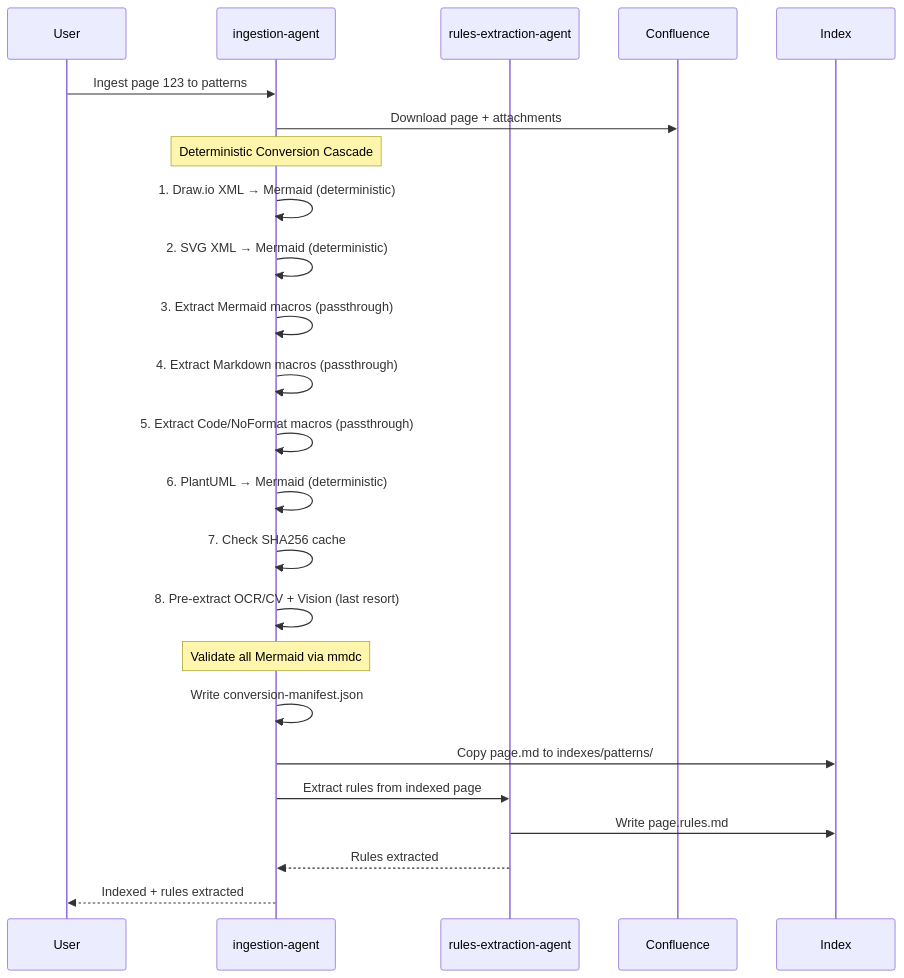
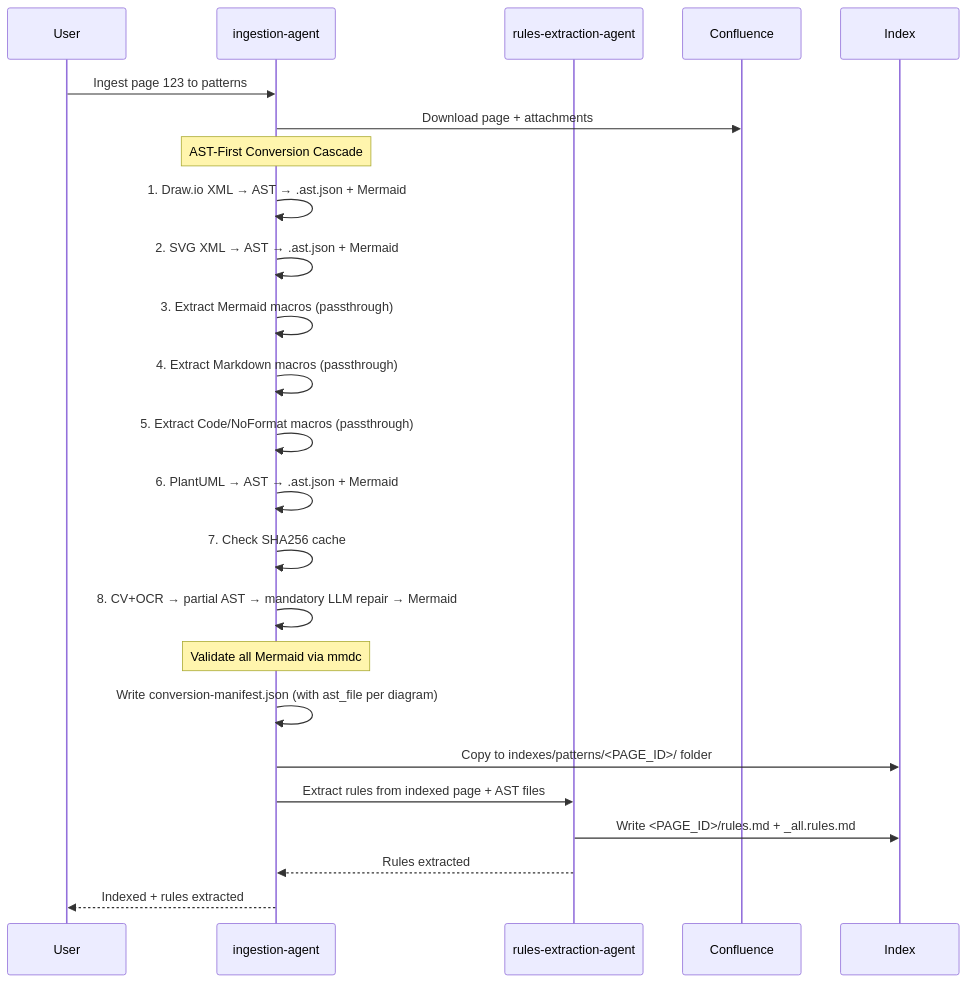
Before and after one commit to byrash/architecture-governance: the second of 4 diagrams in README.md, drawn with Mermaid. The commit also changed other lines of this file and 23 other files, not shown here.

````diff
--- a/README.md
+++ b/README.md
@@ -258,29 +259,29 @@
 ```mermaid
 sequenceDiagram
     participant User
     participant IA as ingestion-agent
     participant REA as rules-extraction-agent
     participant Confluence
     participant Index
 
     User->>IA: Ingest page 123 to patterns
     IA->>Confluence: Download page + attachments
 
-    Note over IA: Deterministic Conversion Cascade
-    IA->>IA: 1. Draw.io XML → Mermaid (deterministic)
-    IA->>IA: 2. SVG XML → Mermaid (deterministic)
+    Note over IA: AST-First Conversion Cascade
+    IA->>IA: 1. Draw.io XML → AST → .ast.json + Mermaid
+    IA->>IA: 2. SVG XML → AST → .ast.json + Mermaid
     IA->>IA: 3. Extract Mermaid macros (passthrough)
     IA->>IA: 4. Extract Markdown macros (passthrough)
     IA->>IA: 5. Extract Code/NoFormat macros (passthrough)
-    IA->>IA: 6. PlantUML → Mermaid (deterministic)
+    IA->>IA: 6. PlantUML → AST → .ast.json + Mermaid
     IA->>IA: 7. Check SHA256 cache
-    IA->>IA: 8. Pre-extract OCR/CV + Vision (last resort)
+    IA->>IA: 8. CV+OCR → partial AST → mandatory LLM repair → Mermaid
 
     Note over IA: Validate all Mermaid via mmdc
-    IA->>IA: Write conversion-manifest.json
-    IA->>Index: Copy page.md to indexes/patterns/
-    IA->>REA: Extract rules from indexed page
-    REA->>Index: Write page.rules.md
+    IA->>IA: Write conversion-manifest.json (with ast_file per diagram)
+    IA->>Index: Copy to indexes/patterns/<PAGE_ID>/ folder
+    IA->>REA: Extract rules from indexed page + AST files
+    REA->>Index: Write <PAGE_ID>/rules.md + _all.rules.md
     REA-->>IA: Rules extracted
     IA-->>User: Indexed + rules extracted
 ```
````
